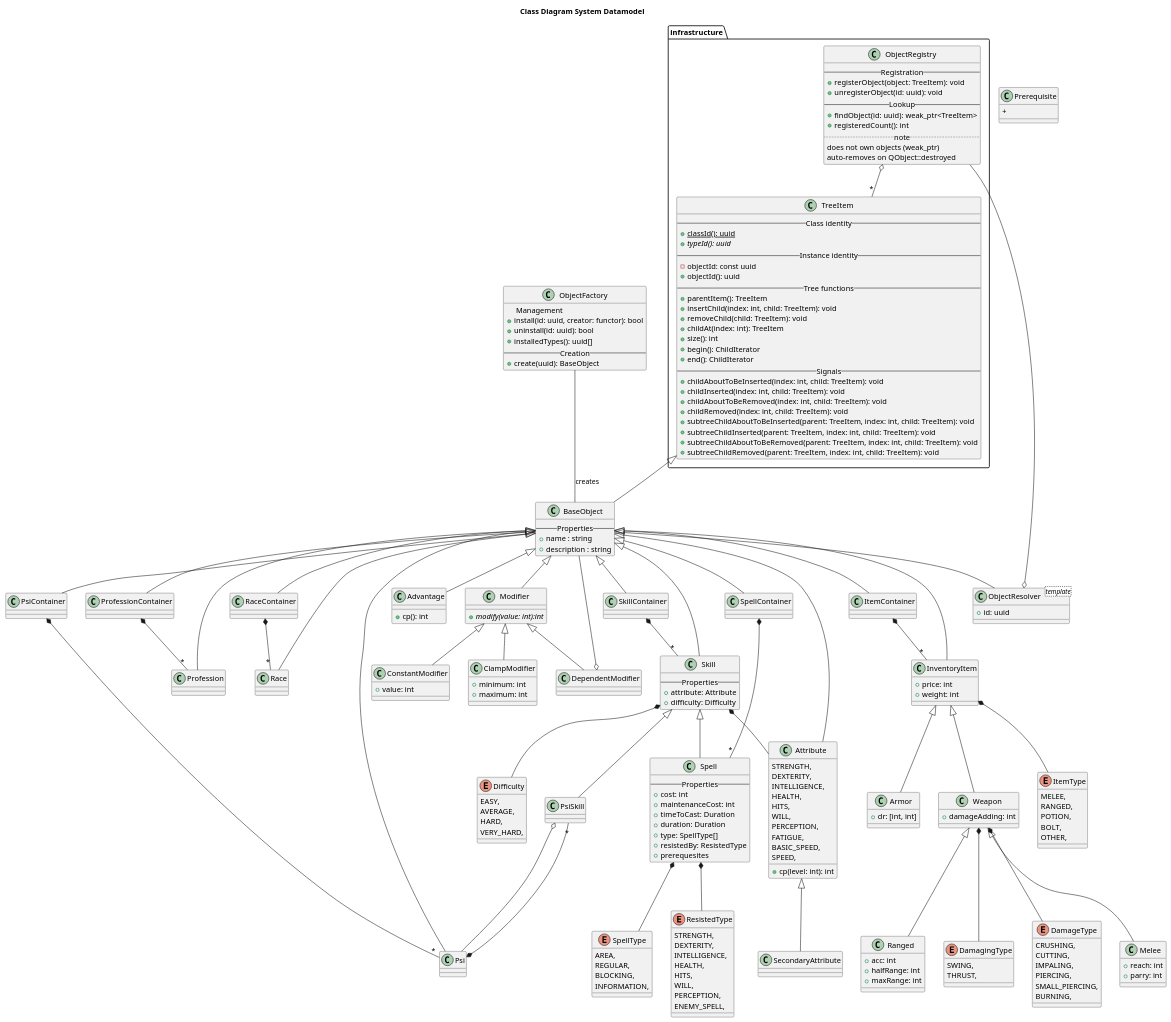
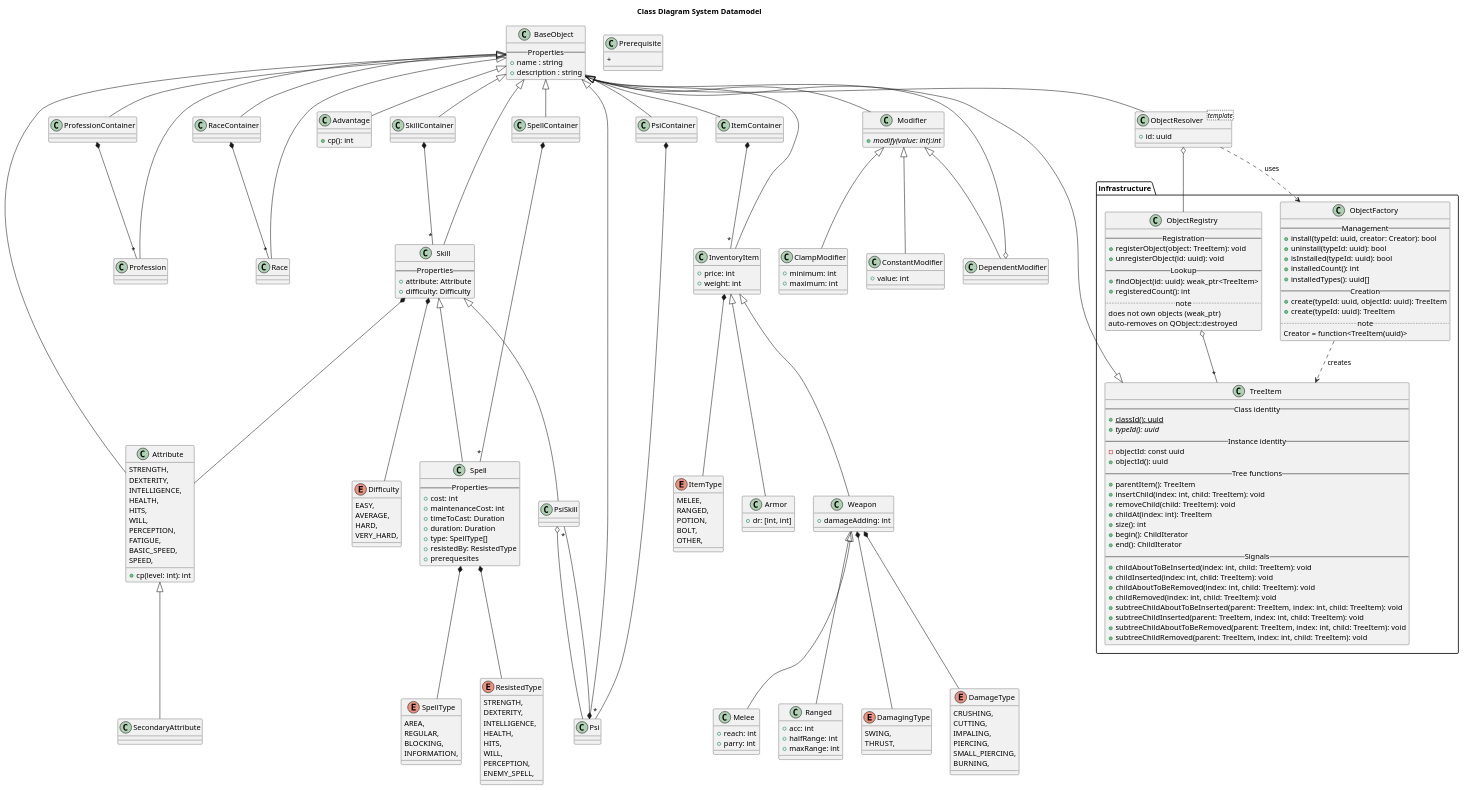
One commit to TigerInAnEmptyJar/dungeonMaster changed the diagram in docs/c4/03_class/class_system_datamodel.puml. Above: the diagram before and after it, drawn with PlantUML. The commit also changed 5 other files, not shown here.

First line of the commit message:
Added ObjectFactory

```diff
--- a/docs/c4/03_class/class_system_datamodel.puml
+++ b/docs/c4/03_class/class_system_datamodel.puml
@@ -41,6 +41,22 @@
   }
 
   ObjectRegistry o-- "*" TreeItem
+
+  class ObjectFactory {
+  -- Management --
+  + install(typeId: uuid, creator: Creator): bool
+  + uninstall(typeId: uuid): bool
+  + isInstalled(typeId: uuid): bool
+  + installedCount(): int
+  + installedTypes(): uuid[]
+  -- Creation --
+  + create(typeId: uuid, objectId: uuid): TreeItem
+  + create(typeId: uuid): TreeItem
+  .. note ..
+  Creator = function<TreeItem(uuid)>
+  }
+
+  ObjectFactory ..> TreeItem : creates
 }
 
 class BaseObject {
@@ -244,22 +260,12 @@
 Modifier <|-- DependentModifier
 DependentModifier o-- BaseObject
 
-class ObjectFactory {
--- Management --    
-+ install(id: uuid, creator: functor): bool
-+ uninstall(id: uuid): bool
-+ installedTypes(): uuid[]
--- Creation --
-+ create(uuid): BaseObject
-}
-
-ObjectFactory -- BaseObject : creates
-
 class ObjectResolver <template> {
 + id: uuid
 }
 
 BaseObject <|-- ObjectResolver
 ObjectResolver o-- infrastructure.ObjectRegistry
+ObjectResolver ..> infrastructure.ObjectFactory : uses
 
 @enduml
```
